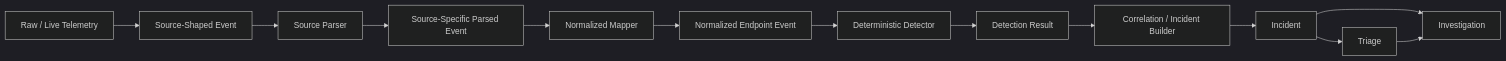
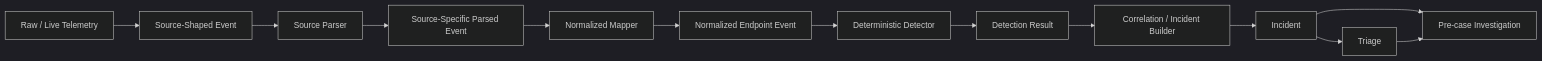
The first of 4 diagrams in docs/architecture/defender-event-processing-flow.md (jpsuper/intelligent-soc-lab-portfolio), drawn with Mermaid (dark theme) before and after one commit. The commit also changed other lines of this file and 184 other files, not shown here.

````diff
--- a/docs/architecture/defender-event-processing-flow.md
+++ b/docs/architecture/defender-event-processing-flow.md
@@ -17,28 +24,28 @@
 ```mermaid
 flowchart LR
     A[Raw / Live Telemetry]
     B[Source-Shaped Event]
     C[Source Parser]
     D[Source-Specific Parsed Event]
     E[Normalized Mapper]
     F[Normalized Endpoint Event]
     G[Deterministic Detector]
     H[Detection Result]
     I[Correlation / Incident Builder]
     J[Incident]
     K[Triage]
-    L[Investigation]
+    L[Pre-case Investigation]
 
     A --> B
     B --> C
     C --> D
     D --> E
     E --> F
     F --> G
     G --> H
     H --> I
     I --> J
     J --> K
     J --> L
     K --> L
 ```
````
